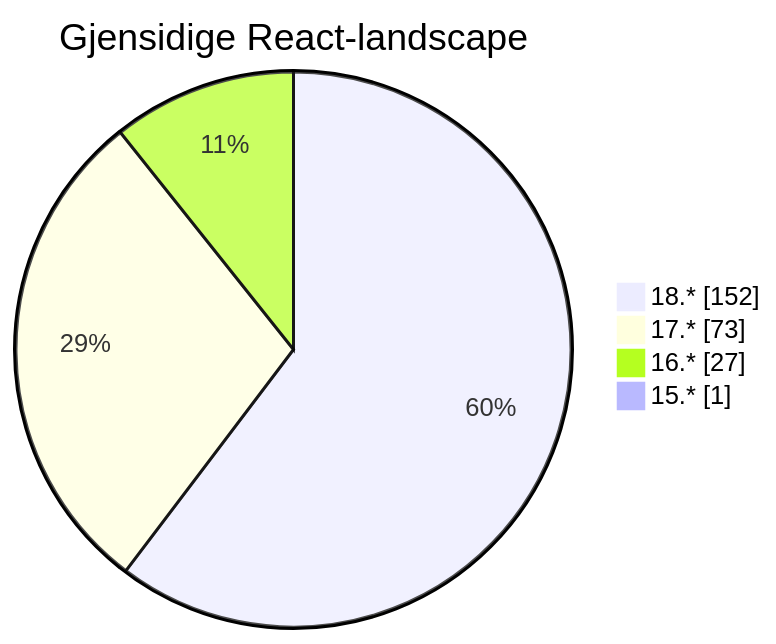
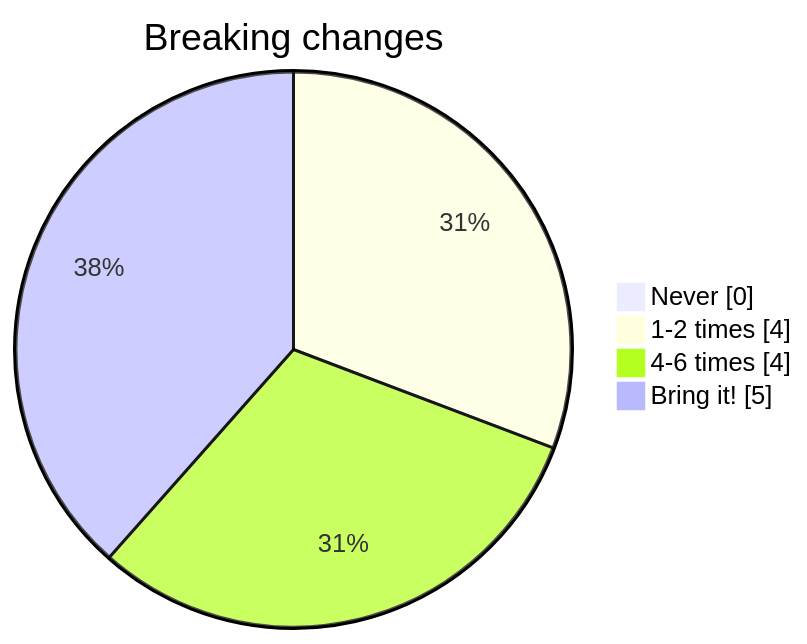
The first of 2 diagrams in slides.md (Bellfalasch/frontend-forum), drawn with Mermaid before and after one commit. The commit also changed other lines of this file and 1 other file, not shown here.

````diff
--- a/slides.md
+++ b/slides.md
@@ -190,7 +97,7 @@
 ```mermaid
-pie showData title Gjensidige React-landscape
-    "18.*" : 152
-    "17.*" : 73
-    "16.*" : 27
-    "15.*" : 1
+pie showData title Breaking changes
+    "Never" : 0
+    "1-2 times" : 4
+    "4-6 times" : 4
+    "Bring it!" : 5
 ```
````
